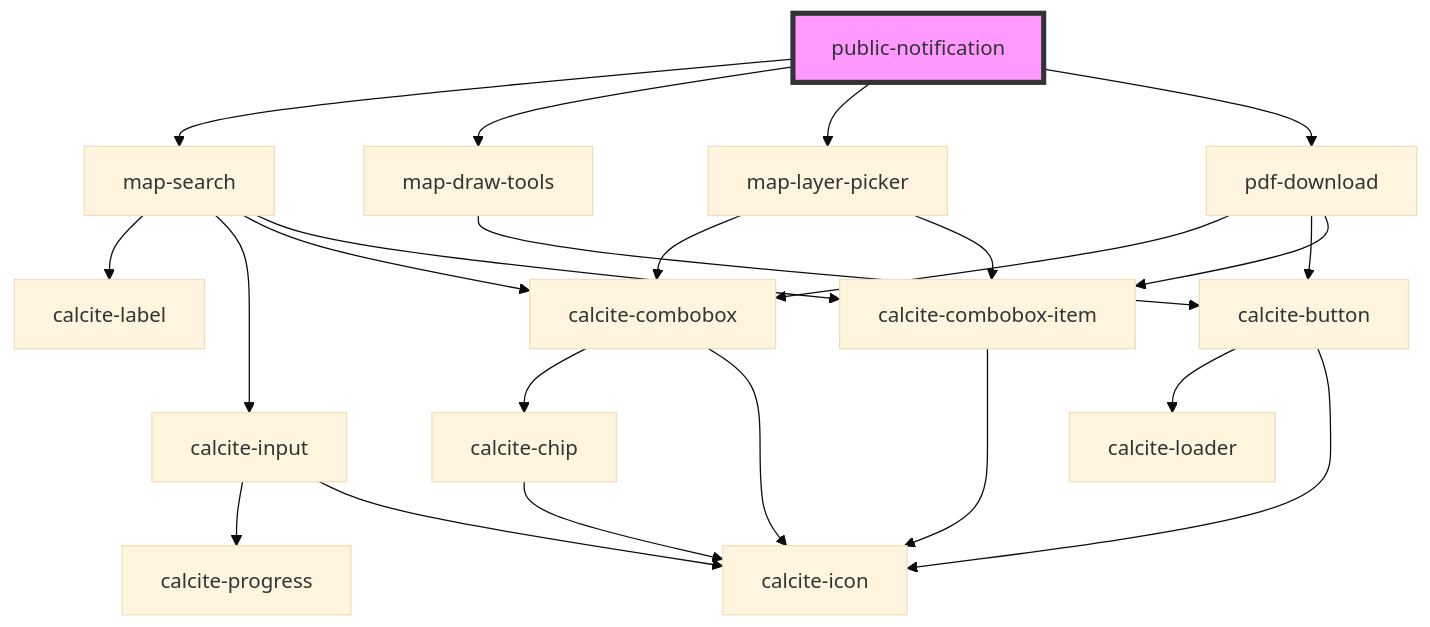
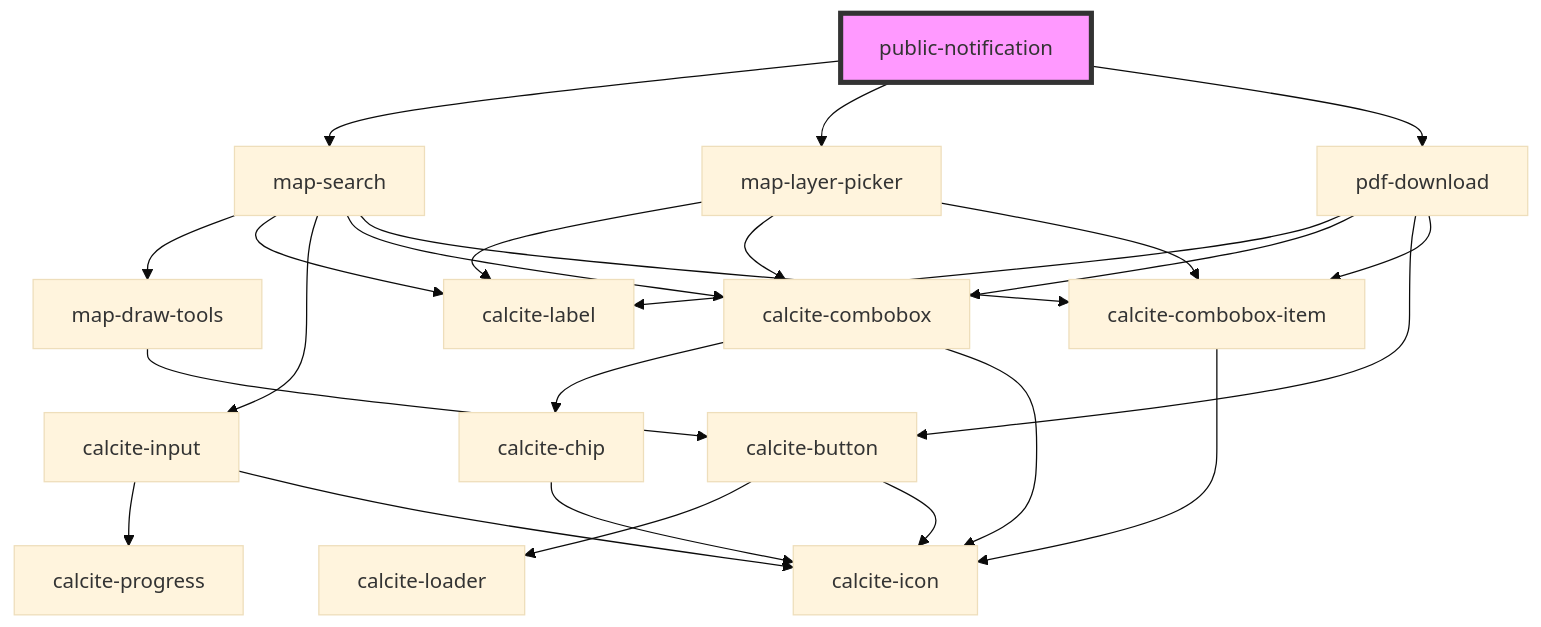
The diagram in src/components/public-notification/readme.md (Esri/solutions-components), drawn with Mermaid (base theme) before and after one commit. The commit also changed other lines of this file and 13 other files, not shown here.

````diff
--- a/src/components/public-notification/readme.md
+++ b/src/components/public-notification/readme.md
@@ -27,26 +26,28 @@
 ```mermaid
 graph TD;
   public-notification --> map-search
-  public-notification --> map-draw-tools
   public-notification --> map-layer-picker
   public-notification --> pdf-download
+  map-search --> map-draw-tools
   map-search --> calcite-label
   map-search --> calcite-input
   map-search --> calcite-combobox
   map-search --> calcite-combobox-item
+  map-draw-tools --> calcite-button
+  calcite-button --> calcite-loader
+  calcite-button --> calcite-icon
   calcite-input --> calcite-progress
   calcite-input --> calcite-icon
   calcite-combobox --> calcite-chip
   calcite-combobox --> calcite-icon
   calcite-chip --> calcite-icon
   calcite-combobox-item --> calcite-icon
-  map-draw-tools --> calcite-button
-  calcite-button --> calcite-loader
-  calcite-button --> calcite-icon
+  map-layer-picker --> calcite-label
   map-layer-picker --> calcite-combobox
   map-layer-picker --> calcite-combobox-item
+  pdf-download --> calcite-label
   pdf-download --> calcite-combobox
   pdf-download --> calcite-button
   pdf-download --> calcite-combobox-item
   style public-notification fill:#f9f,stroke:#333,stroke-width:4px
 ```
````
